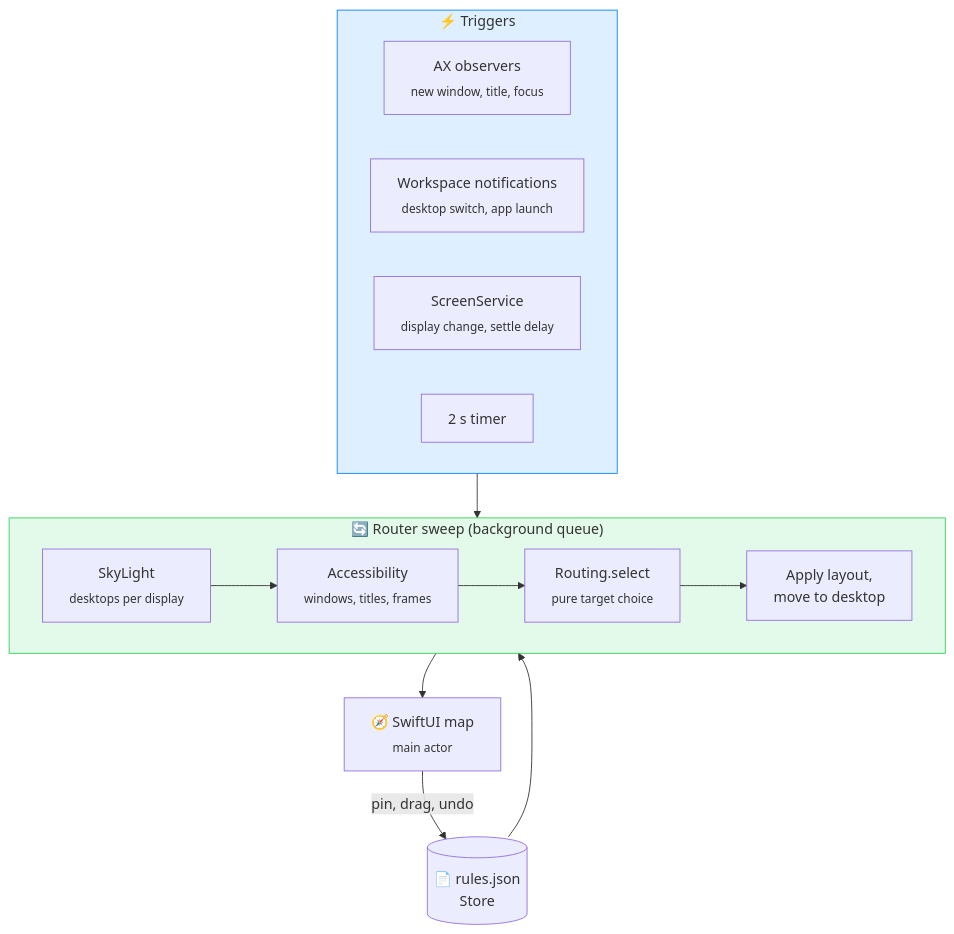
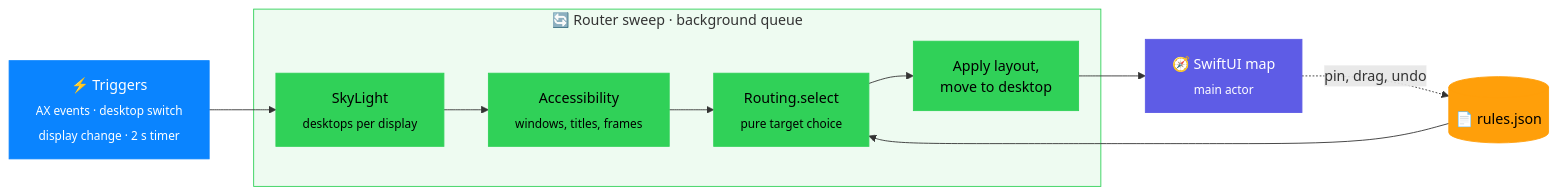
Before and after one commit to cnkndmr/Deskmap: the second of 2 diagrams in README.md, drawn with Mermaid.

Commit message:
README: make architecture diagram a single horizontal flow

````diff
--- a/README.md
+++ b/README.md
@@ -513,23 +513,22 @@
 ```mermaid
-flowchart TB
-    subgraph Triggers["⚡ Triggers"]
-        direction LR
-        E1["AX observers<br><sub>new window, title, focus</sub>"]
-        E2["Workspace notifications<br><sub>desktop switch, app launch</sub>"]
-        E3["ScreenService<br><sub>display change, settle delay</sub>"]
-        E4["2 s timer"]
-    end
-    subgraph Sweep["🔄 Router sweep (background queue)"]
-        direction LR
+flowchart LR
+    T["⚡ Triggers<br><sub>AX events · desktop switch<br>display change · 2 s timer</sub>"] --> R1
+    subgraph Sweep["🔄 Router sweep · background queue"]
         R1["SkyLight<br><sub>desktops per display</sub>"] --> R2["Accessibility<br><sub>windows, titles, frames</sub>"]
         R2 --> R3["Routing.select<br><sub>pure target choice</sub>"]
         R3 --> R4["Apply layout,<br>move to desktop"]
     end
-    Triggers --> Sweep
-    Store[("📄 rules.json<br>Store")] --> R3
-    Sweep --> UI["🧭 SwiftUI map<br><sub>main actor</sub>"]
-    UI -- "pin, drag, undo" --> Store
+    ST[("📄 rules.json")] --> R3
+    R4 --> UI["🧭 SwiftUI map<br><sub>main actor</sub>"]
+    UI -. "pin, drag, undo" .-> ST
 
-    style Triggers fill:#0A84FF22,stroke:#0A84FF
-    style Sweep fill:#30D15822,stroke:#30D158
+    classDef trig fill:#0A84FF,stroke:#0A84FF,color:#fff
+    classDef step fill:#30D158,stroke:#30D158,color:#000
+    classDef data fill:#FF9F0A,stroke:#FF9F0A,color:#000
+    classDef ui fill:#5E5CE6,stroke:#5E5CE6,color:#fff
+    class T trig
+    class R1,R2,R3,R4 step
+    class ST data
+    class UI ui
+    style Sweep fill:#30D15815,stroke:#30D158
 ```
````
